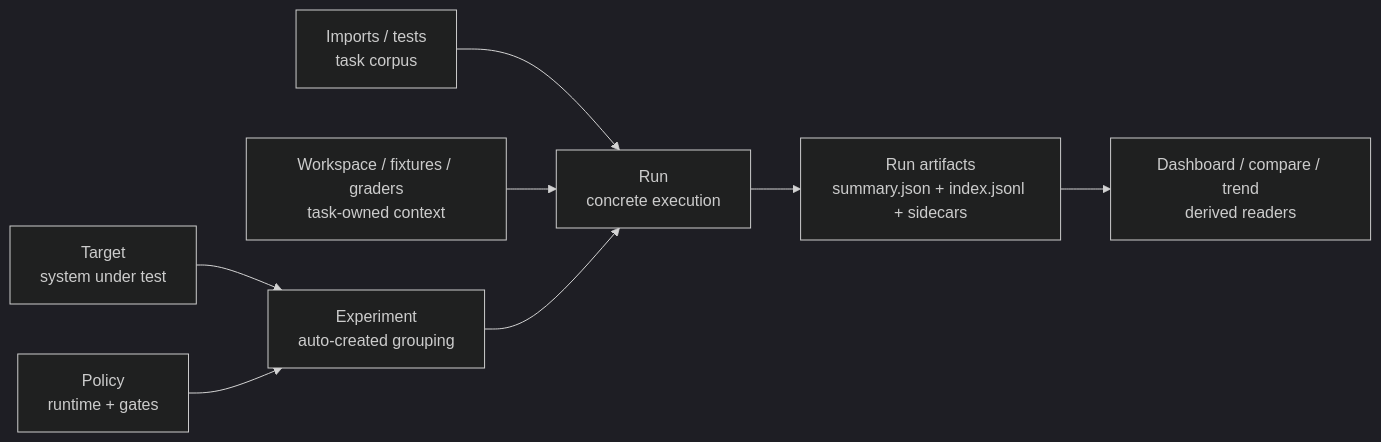
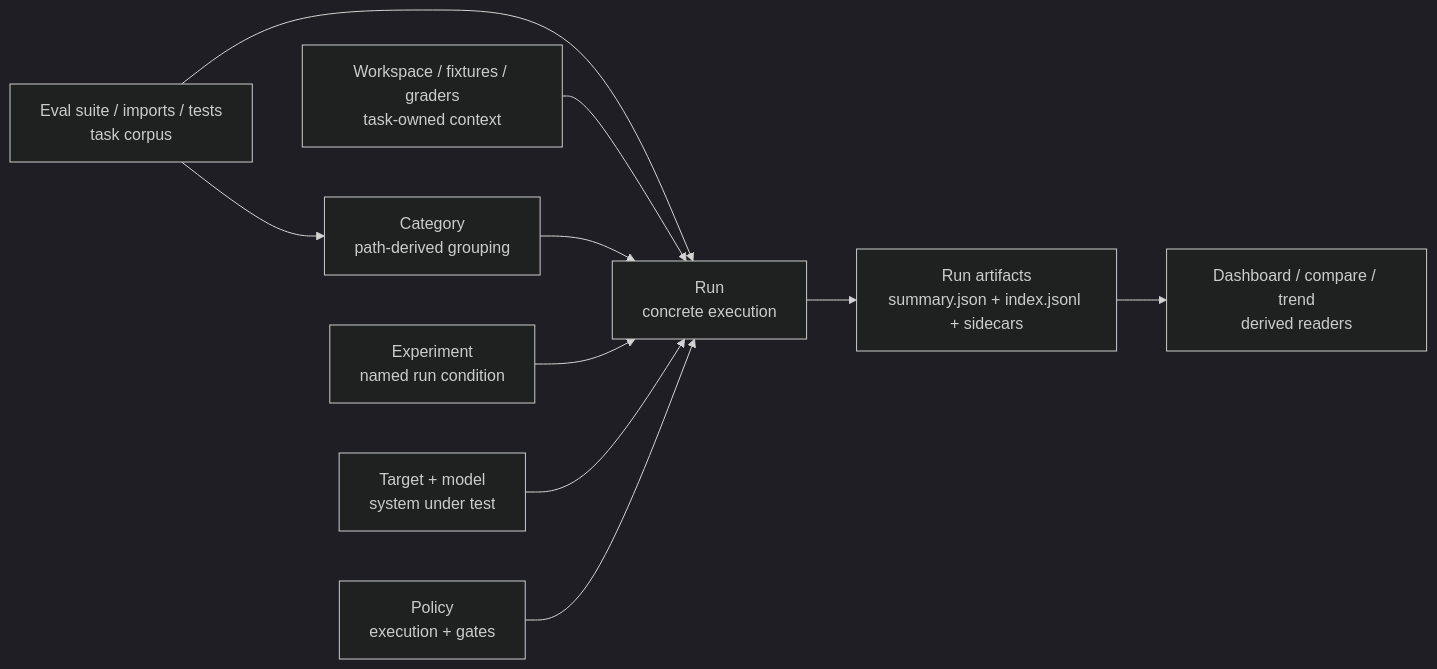
The diagram in README.md (EntityProcess/agentv), drawn with Mermaid (dark theme) before and after one commit. The commit also changed other lines of this file, not shown here.

Commit message:
docs(readme): clarify experiment contract

````diff
--- a/README.md
+++ b/README.md
@@ -24,19 +25,22 @@
 ```mermaid
 flowchart LR
-  corpus["Imports / tests<br/>task corpus"]
+  corpus["Eval suite / imports / tests<br/>task corpus"]
+  category["Category<br/>path-derived grouping"]
   context["Workspace / fixtures / graders<br/>task-owned context"]
-  target["Target<br/>system under test"]
-  policy["Policy<br/>runtime + gates"]
-  experiment["Experiment<br/>auto-created grouping"]
+  experiment["Experiment<br/>named run condition"]
+  target["Target + model<br/>system under test"]
+  policy["Policy<br/>execution + gates"]
   run["Run<br/>concrete execution"]
   artifacts["Run artifacts<br/>summary.json + index.jsonl + sidecars"]
   readers["Dashboard / compare / trend<br/>derived readers"]
 
+  corpus --> category
   corpus --> run
   context --> run
-  target --> experiment
-  policy --> experiment
+  category --> run
   experiment --> run
+  target --> run
+  policy --> run
   run --> artifacts
   artifacts --> readers
 ```
````
